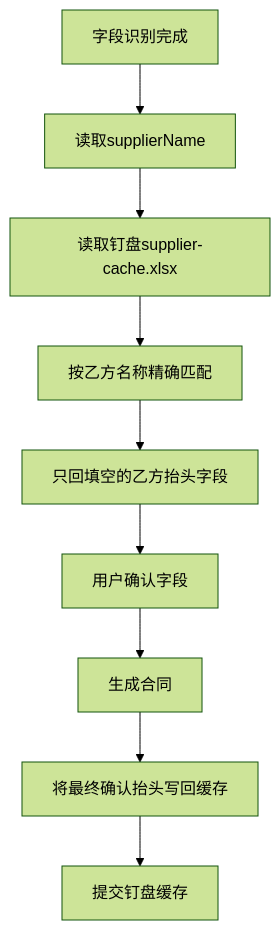
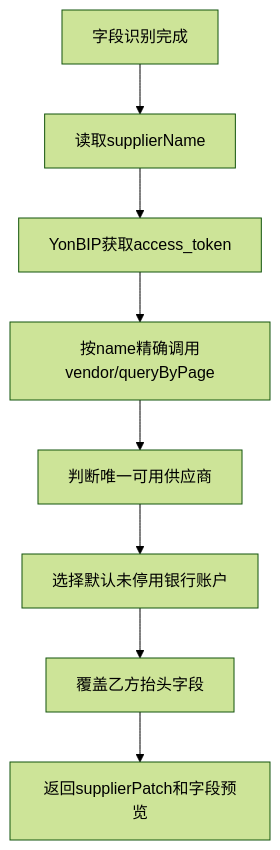
The third of 4 diagrams in SPEC/ARCHITECTURE.md (yuqingyang3019-cyber/hetong), drawn with Mermaid (forest theme) before and after one commit. The commit also changed other lines of this file and 12 other files, not shown here.

First line of the commit message:
feat: query supplier titles from YonBIP

````diff
--- a/SPEC/ARCHITECTURE.md
+++ b/SPEC/ARCHITECTURE.md
@@ -241,11 +211,10 @@
 ```mermaid
 flowchart TD
   fieldPreview["字段识别完成"] --> supplierName["读取supplierName"]
-  supplierName --> readCache["读取钉盘supplier-cache.xlsx"]
-  readCache --> matchName["按乙方名称精确匹配"]
-  matchName --> fillBlank["只回填空的乙方抬头字段"]
-  fillBlank --> confirm["用户确认字段"]
-  confirm --> generate["生成合同"]
-  generate --> upsertCache["将最终确认抬头写回缓存"]
-  upsertCache --> uploadDrive["提交钉盘缓存"]
+  supplierName --> getToken["YonBIP获取access_token"]
+  getToken --> queryPage["按name精确调用vendor/queryByPage"]
+  queryPage --> uniqueMatch["判断唯一可用供应商"]
+  uniqueMatch --> chooseBank["选择默认未停用银行账户"]
+  chooseBank --> overwriteTitle["覆盖乙方抬头字段"]
+  overwriteTitle --> result["返回supplierPatch和字段预览"]
 ```
````
